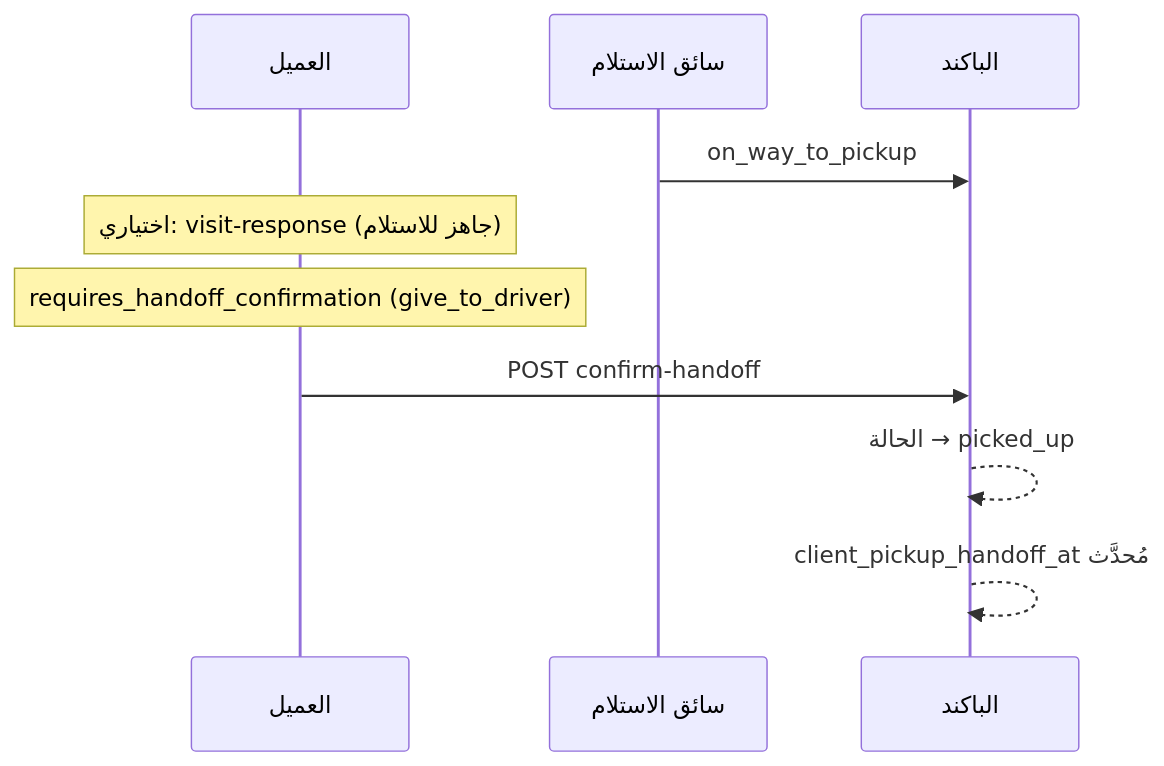
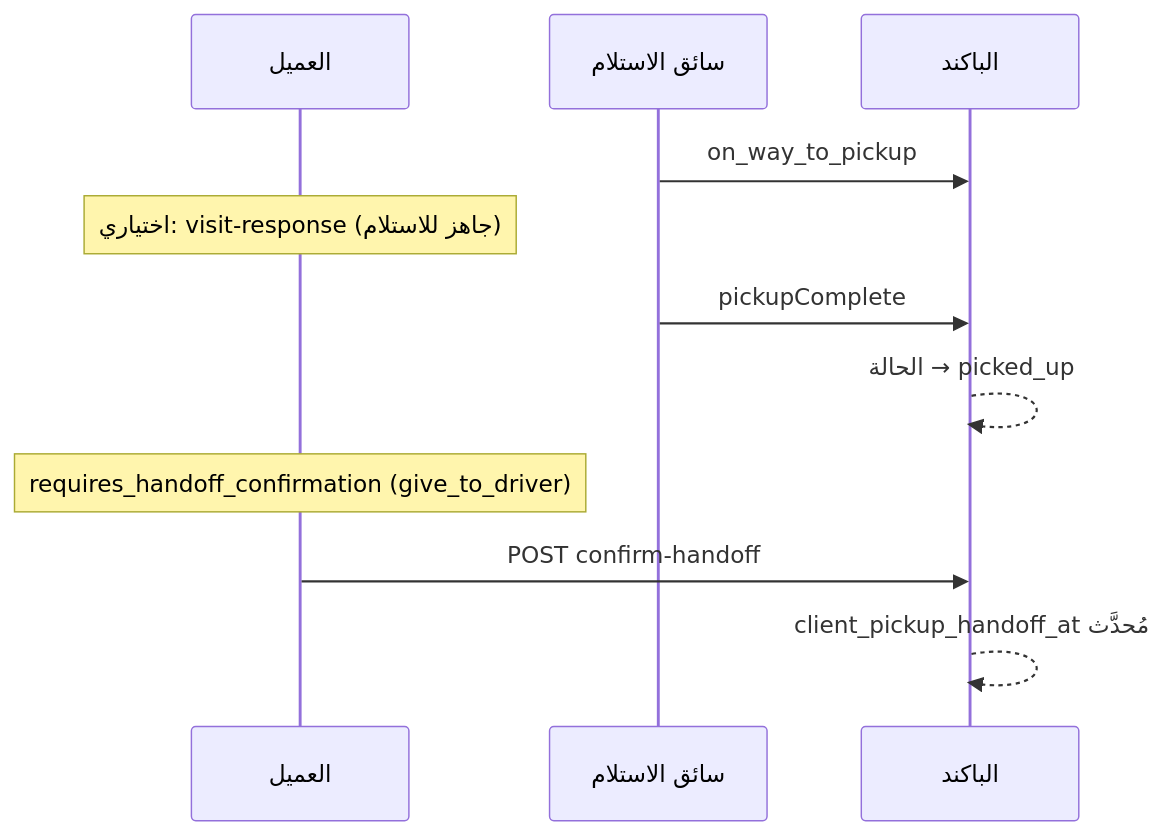
One commit to samerhassan95/nazifah-back changed the second of 3 diagrams in CLIENT_ORDER_CONFIRMATION_AR.md. Above: the diagram before and after it, drawn with Mermaid. The commit also changed other lines of this file and 4 other files, not shown here.

````diff
--- a/CLIENT_ORDER_CONFIRMATION_AR.md
+++ b/CLIENT_ORDER_CONFIRMATION_AR.md
@@ -214,13 +215,14 @@
 ```mermaid
 sequenceDiagram
     participant C as العميل
     participant D as سائق الاستلام
     participant API as الباكند
 
     D->>API: on_way_to_pickup
     Note over C: اختياري: visit-response (جاهز للاستلام)
+    D->>API: pickupComplete
+    API-->>API: الحالة → picked_up
     Note over C: requires_handoff_confirmation (give_to_driver)
     C->>API: POST confirm-handoff
-    API-->>API: الحالة → picked_up
     API-->>API: client_pickup_handoff_at مُحدَّث
 ```
````
